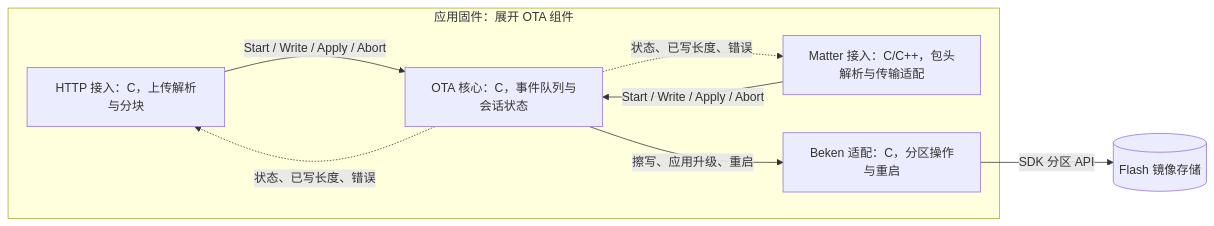
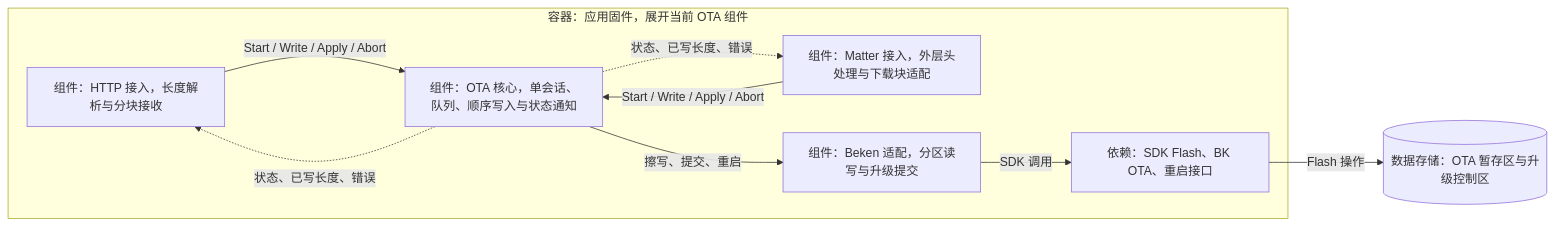
One commit to dragonxiaoex/bk7239 changed the second of 5 diagrams in docs/ota.md. Above: the diagram before and after it, drawn with Mermaid. The commit also changed other lines of this file and 13 other files, not shown here.

````diff
--- a/docs/ota.md
+++ b/docs/ota.md
@@ -40,16 +39,18 @@
 ```mermaid
 flowchart LR
-    subgraph firmware ["应用固件：展开 OTA 组件"]
-        httpIngress["HTTP 接入：C，上传解析与分块"]
-        matterIngress["Matter 接入：C/C++，包头解析与传输适配"]
-        otaCore["OTA 核心：C，事件队列与会话状态"]
-        flashAdapter["Beken 适配：C，分区操作与重启"]
+    subgraph firmware ["容器：应用固件，展开当前 OTA 组件"]
+        httpIngress["组件：HTTP 接入，长度解析与分块接收"]
+        matterIngress["组件：Matter 接入，外层头处理与下载块适配"]
+        otaCore["组件：OTA 核心，单会话、队列、顺序写入与状态通知"]
+        flashAdapter["组件：Beken 适配，分区读写与升级提交"]
+        sdk["依赖：SDK Flash、BK OTA、重启接口"]
     end
-    imageStore[("Flash 镜像存储")]
+    imageStore[("数据存储：OTA 暂存区与升级控制区")]
     httpIngress -->|"Start / Write / Apply / Abort"| otaCore
     matterIngress -->|"Start / Write / Apply / Abort"| otaCore
     otaCore -.->|"状态、已写长度、错误"| httpIngress
     otaCore -.->|"状态、已写长度、错误"| matterIngress
-    otaCore -->|"擦写、应用升级、重启"| flashAdapter
-    flashAdapter -->|"SDK 分区 API"| imageStore
+    otaCore -->|"擦写、提交、重启"| flashAdapter
+    flashAdapter -->|"SDK 调用"| sdk
+    sdk -->|"Flash 操作"| imageStore
 ```
````
